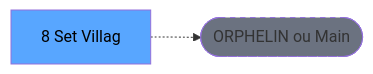
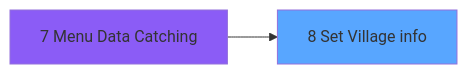
The second of 3 diagrams in .openspec/specs/ADH-IDE-8.md (thonyAGP/magic-migration), drawn with Mermaid before and after one commit. The commit also changed other lines of this file and 253 other files, not shown here.

````diff
--- a/.openspec/specs/ADH-IDE-8.md
+++ b/.openspec/specs/ADH-IDE-8.md
@@ -118,8 +245,8 @@
 ```mermaid
 graph LR
-    T[8      Set Villag]
-    ORPHAN([ORPHELIN ou Main])
-    T -.-> ORPHAN
-    style T fill:#58a6ff,color:#000
-    style ORPHAN fill:#6b7280,stroke-dasharray: 5 5
+    T8[8 Set Village info]
+    style T8 fill:#58a6ff
+    CC7[7 Menu Data Catching]
+    style CC7 fill:#8b5cf6
+    CC7 --> T8
 ```
````
